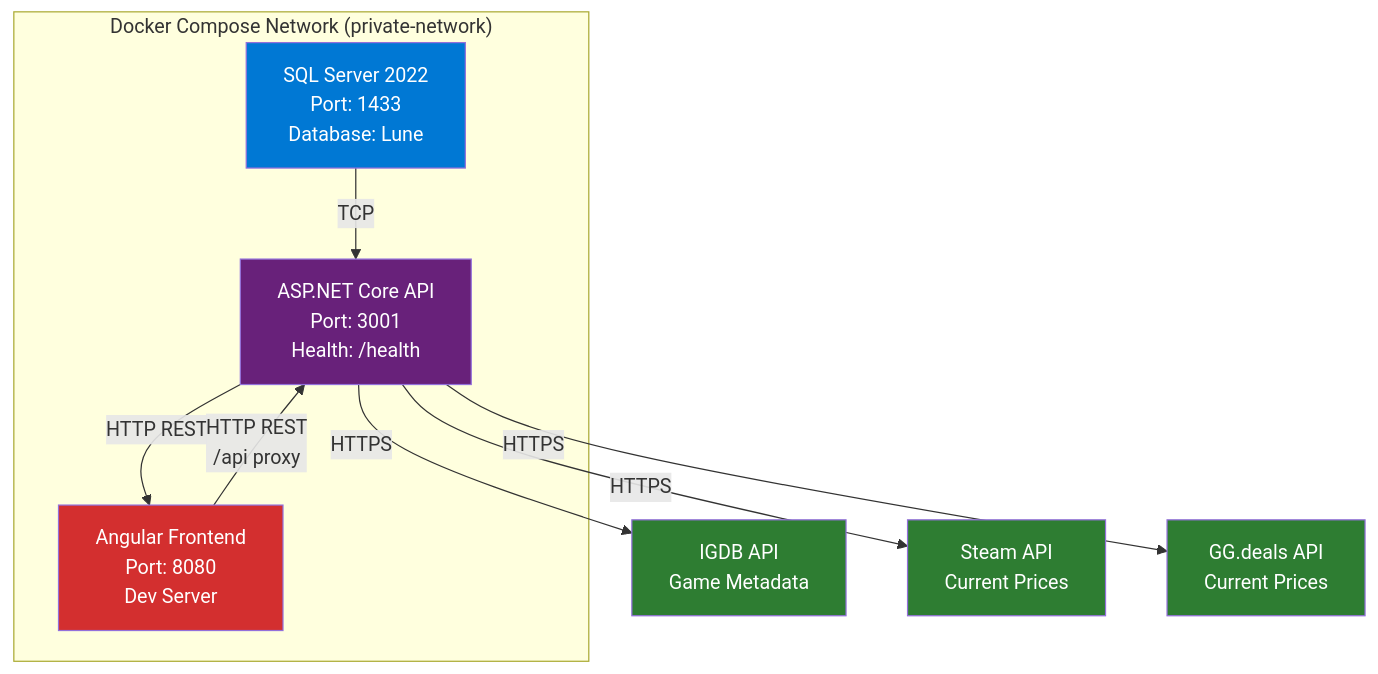
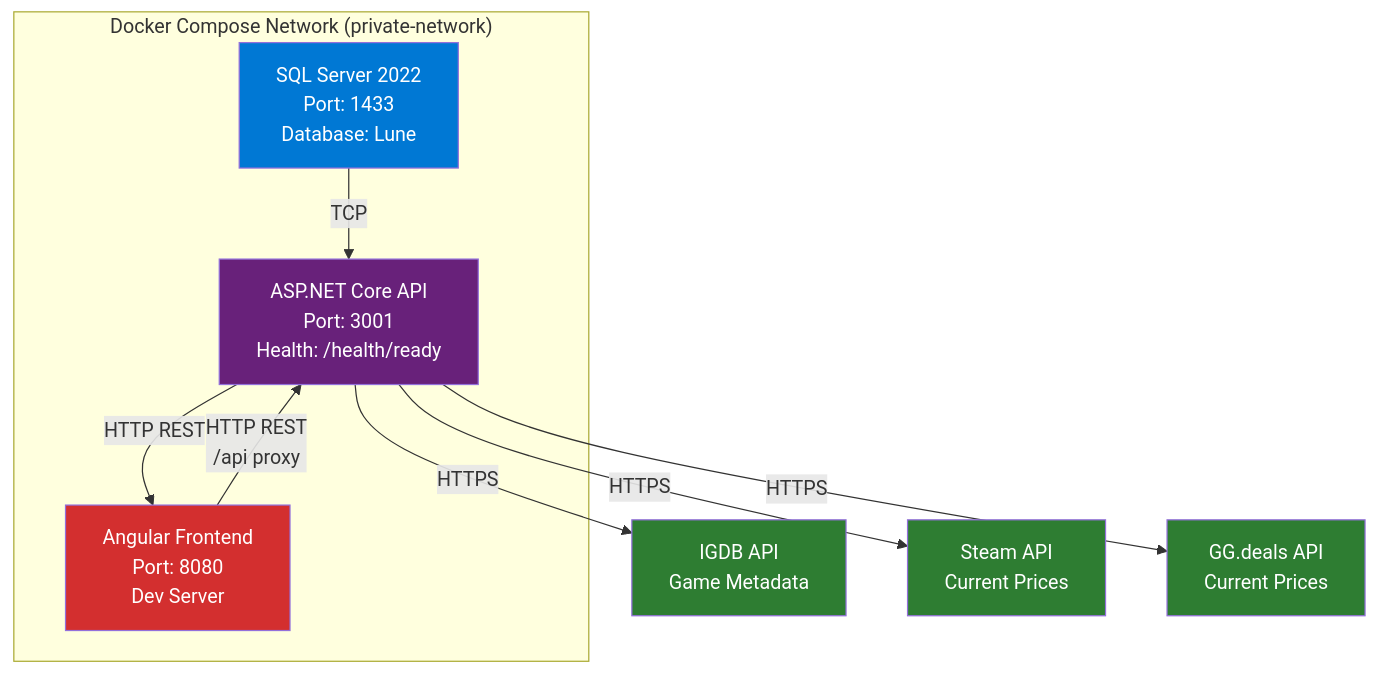
One commit to Terranova-hackathon/lune changed the first of 3 diagrams in docs/ARCHITECTURE.md. Above: the diagram before and after it, drawn with Mermaid. The commit also changed other lines of this file, not shown here.

Commit message:
minor architecture language improvements

````diff
--- a/docs/ARCHITECTURE.md
+++ b/docs/ARCHITECTURE.md
@@ -34,24 +35,24 @@
 ``` mermaid
 graph TB
     subgraph "Docker Compose Network (private-network)"
         SQL["SQL Server 2022<br/>Port: 1433<br/>Database: Lune"]
-        API["ASP.NET Core API<br/>Port: 3001<br/>Health: /health"]
+        API["ASP.NET Core API<br/>Port: 3001<br/>Health: /health/ready"]
         WEB["Angular Frontend<br/>Port: 8080<br/>Dev Server"]
     end
 
     SQL -->|TCP| API
     API -->|HTTP REST| WEB
     WEB -->|HTTP REST<br/>/api proxy| API
 
     API -->|HTTPS| IGDB["IGDB API<br/>Game Metadata"]
     API -->|HTTPS| Steam["Steam API<br/>Current Prices"]
     API -->|HTTPS| GGDeals["GG.deals API<br/>Current Prices"]
 
     style SQL fill:#0078d4,color:#fff
     style API fill:#68217a,color:#fff
     style WEB fill:#d32f2f,color:#fff
     style IGDB fill:#2e7d32,color:#fff
     style Steam fill:#2e7d32,color:#fff
     style GGDeals fill:#2e7d32,color:#fff
     style WEB fill:#d32f2f,color:#fff
 ```
````
